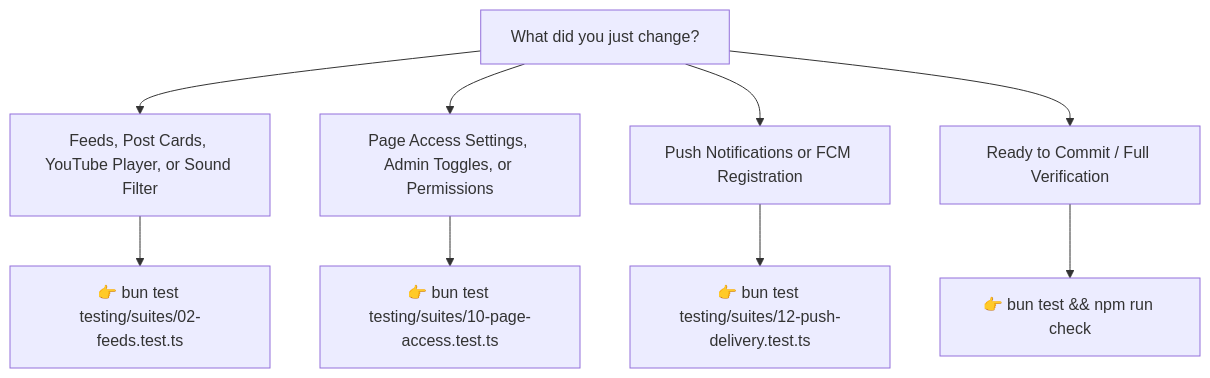
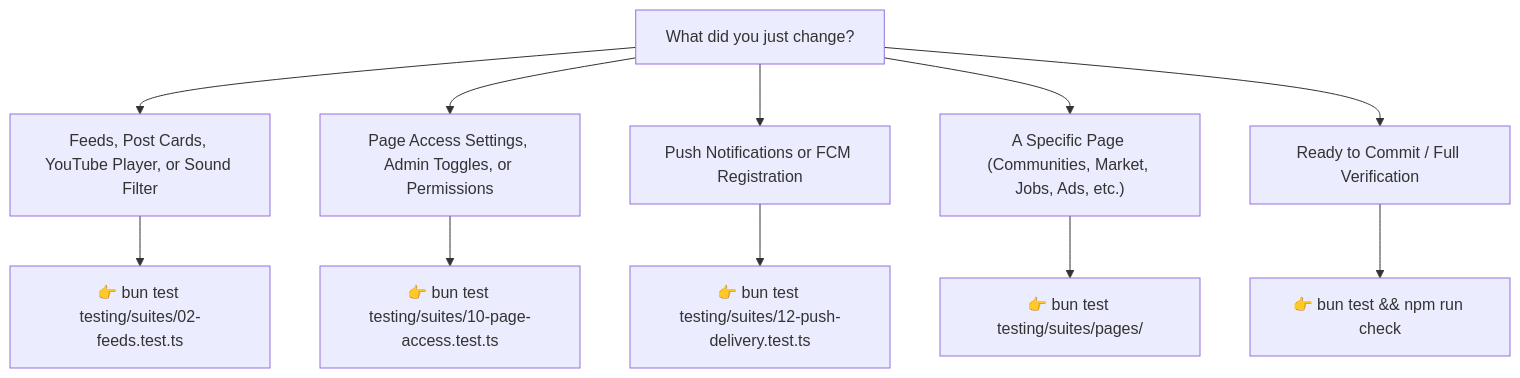
Before and after one commit to uptechinc/Ourlime-Mobile: the diagram in testing/README.md, drawn with Mermaid. The commit also changed other lines of this file and 10 other files, not shown here.

Commit message:
feat(testing): add dedicated test suites covering all 56 mobile app pages

````diff
--- a/testing/README.md
+++ b/testing/README.md
@@ -42,12 +38,14 @@
 ```mermaid
 graph TD
     Start["What did you just change?"] --> Feeds["Feeds, Post Cards, YouTube Player, or Sound Filter"]
     Start --> Access["Page Access Settings, Admin Toggles, or Permissions"]
     Start --> Push["Push Notifications or FCM Registration"]
+    Start --> Pages["A Specific Page (Communities, Market, Jobs, Ads, etc.)"]
     Start --> All["Ready to Commit / Full Verification"]
 
     Feeds --> CMD1["👉 bun test testing/suites/02-feeds.test.ts"]
     Access --> CMD2["👉 bun test testing/suites/10-page-access.test.ts"]
     Push --> CMD3["👉 bun test testing/suites/12-push-delivery.test.ts"]
-    All --> CMD4["👉 bun test && npm run check"]
+    Pages --> CMD4["👉 bun test testing/suites/pages/"]
+    All --> CMD5["👉 bun test && npm run check"]
 ```
````
